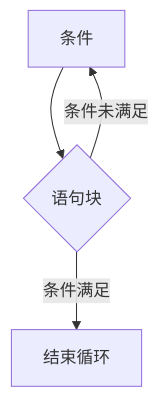
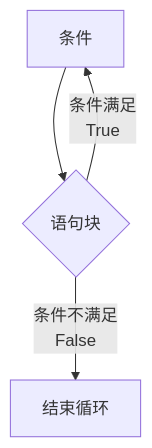
Before and after one commit to RinRongue/CodeLearning: the second of 3 diagrams in LearningPython.md, drawn with Mermaid. The commit also changed other lines of this file, not shown here.

````diff
--- a/LearningPython.md
+++ b/LearningPython.md
@@ -165,6 +173,6 @@
 ```mermaid
 graph TD
 A[条件] --> B{语句块};
-B --条件未满足--> A;
-B --条件满足--> C[结束循环]
+B --条件满足</br>True--> A;
+B --条件不满足</br>False--> C[结束循环]
 ```
````
